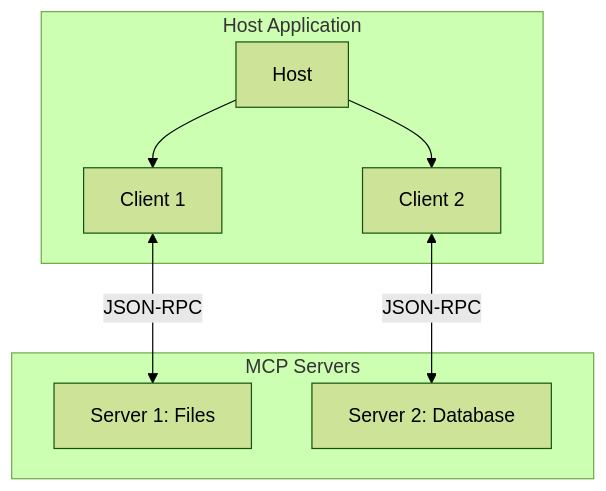
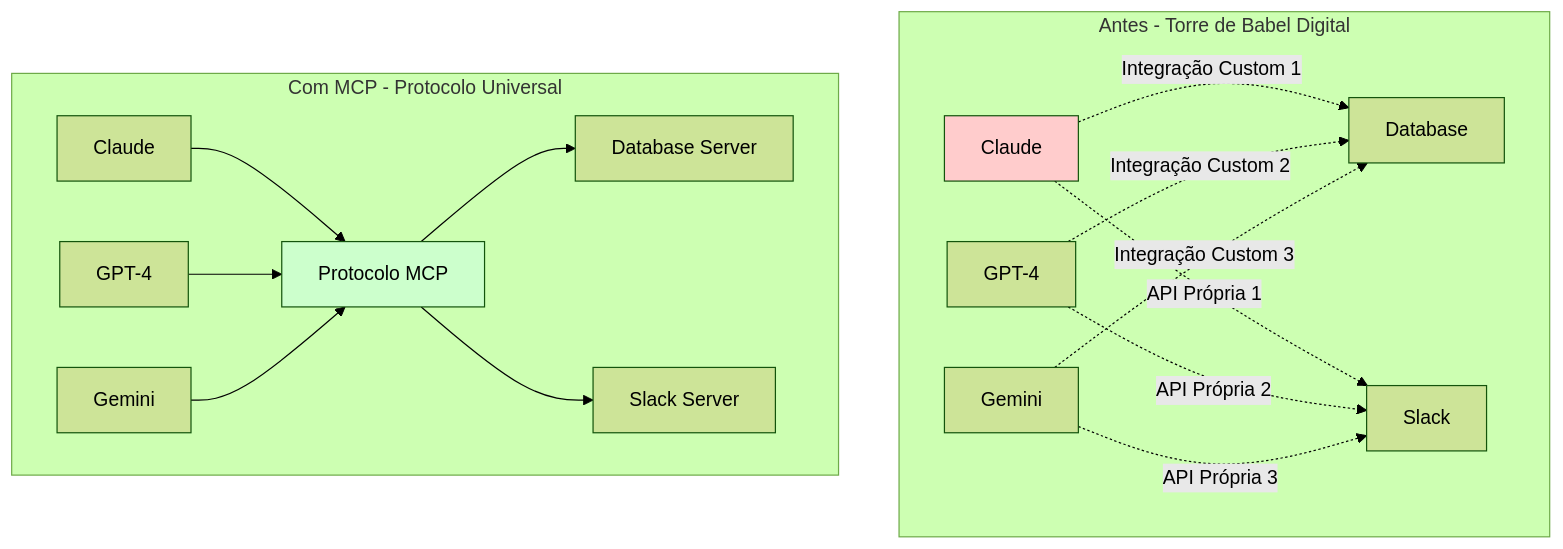
The fifth of 16 diagrams in AI/Comunicação/MCP/00-mcp-presentation-zero to hero.md (felipepimentel/my-public-notes), drawn with Mermaid (forest theme) before and after one commit. The commit also changed other lines of this file, not shown here.

````diff
--- a/AI/Comunicação/MCP/00-mcp-presentation-zero to hero.md
+++ b/AI/Comunicação/MCP/00-mcp-presentation-zero to hero.md
@@ -152,18 +85,23 @@
 ```mermaid
 graph TD
-    subgraph "Host Application"
-        H[Host]
-        C1[Client 1]
-        C2[Client 2]
-        H --> C1
-        H --> C2
+    subgraph "Antes - Torre de Babel Digital"
+        A1[Claude] -.->|Integração Custom 1| D1[Database]
+        A2[GPT-4] -.->|Integração Custom 2| D1
+        A3[Gemini] -.->|Integração Custom 3| D1
+        
+        A1 -.->|API Própria 1| T1[Slack]
+        A2 -.->|API Própria 2| T1
+        A3 -.->|API Própria 3| T1
     end
     
-    subgraph "MCP Servers"
-        S1[Server 1: Files]
-        S2[Server 2: Database]
+    subgraph "Com MCP - Protocolo Universal"
+        B1[Claude] --> M[Protocolo MCP]
+        B2[GPT-4] --> M
+        B3[Gemini] --> M
+        M --> D2[Database Server]
+        M --> T2[Slack Server]
     end
     
-    C1 <-->|JSON-RPC| S1
-    C2 <-->|JSON-RPC| S2
+    style A1 fill:#ffcccc
+    style M fill:#ccffcc
 ```
````
